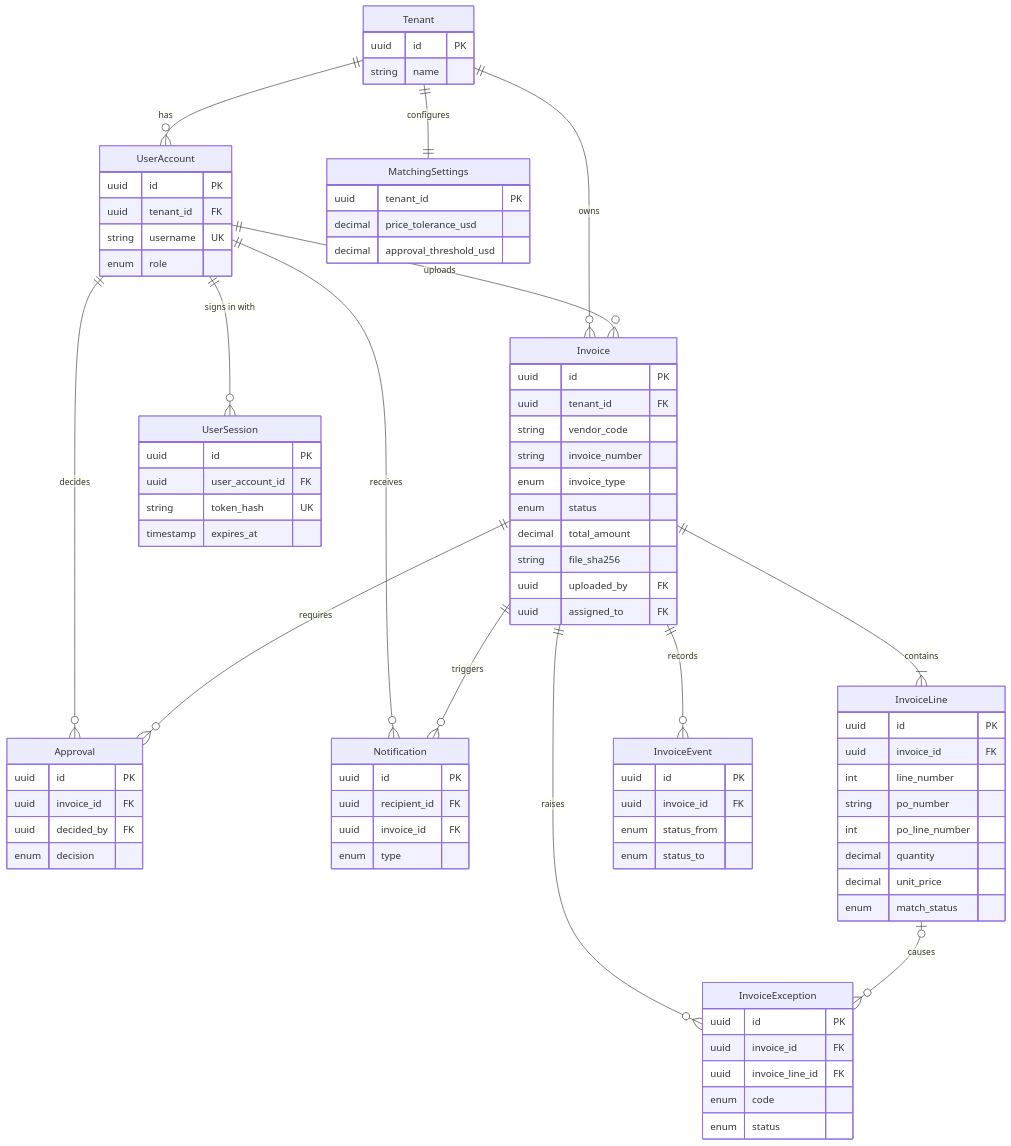
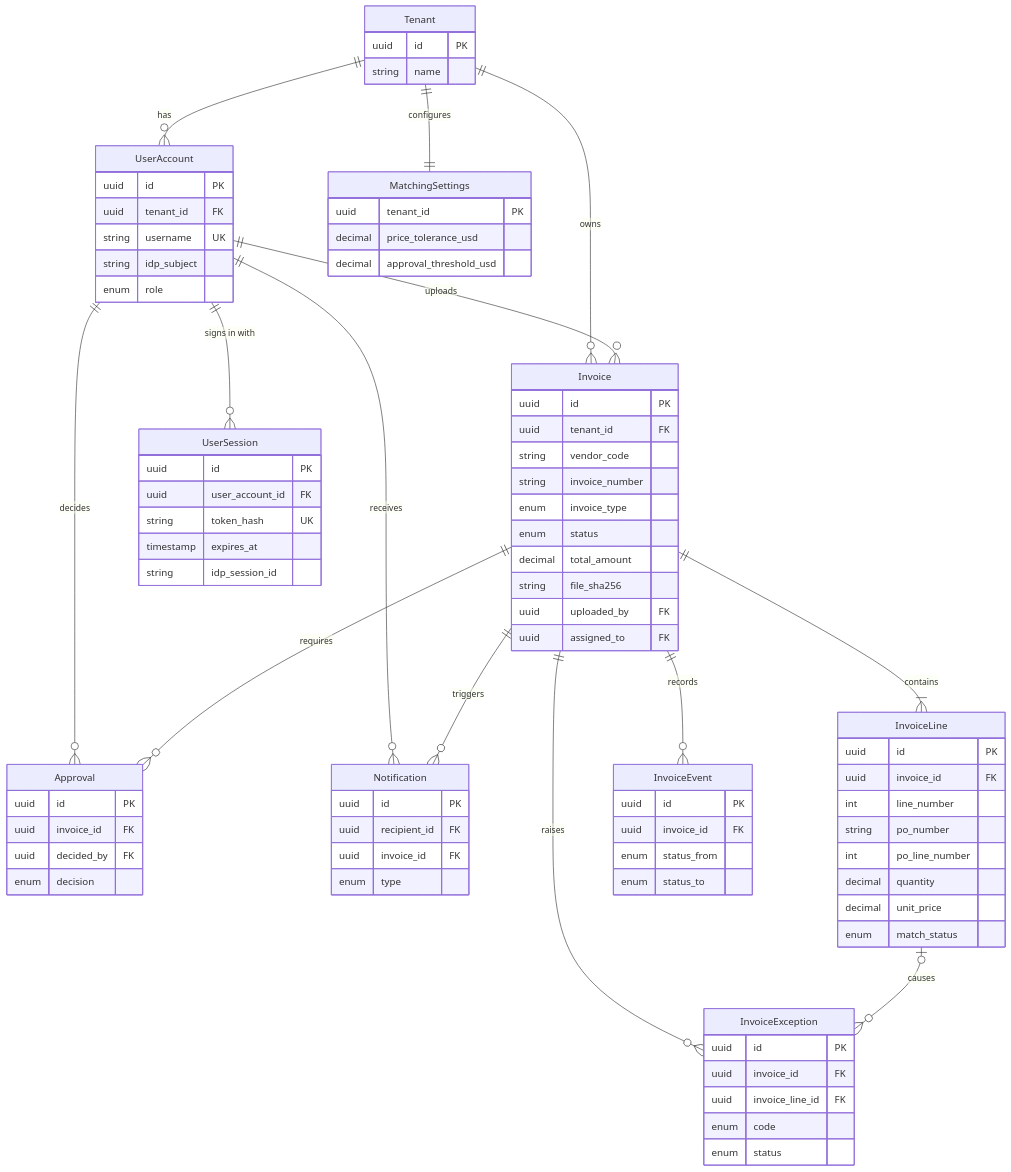
One commit to jiri-nguyen/SAPS changed the first of 2 diagrams in docs/02-architecture/data-model.md. Above: the diagram before and after it, drawn with Mermaid. The commit also changed other lines of this file and 6 other files, not shown here.

```diff
--- a/docs/02-architecture/data-model.md
+++ b/docs/02-architecture/data-model.md
@@ -52,6 +52,7 @@
         uuid id PK
         uuid tenant_id FK
         string username UK
+        string idp_subject
         enum role
     }
     UserSession {
@@ -59,6 +60,7 @@
         uuid user_account_id FK
         string token_hash UK
         timestamp expires_at
+        string idp_session_id
     }
     Invoice {
         uuid id PK
```
